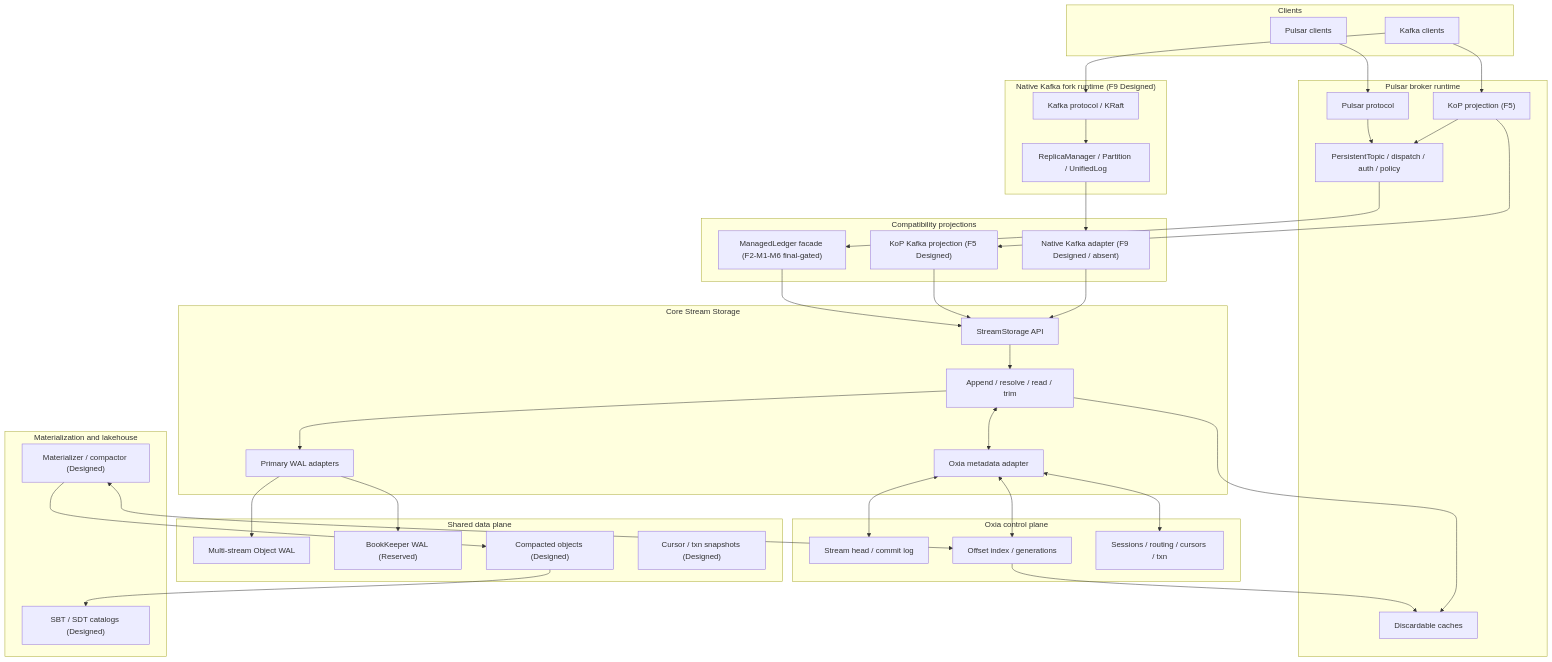
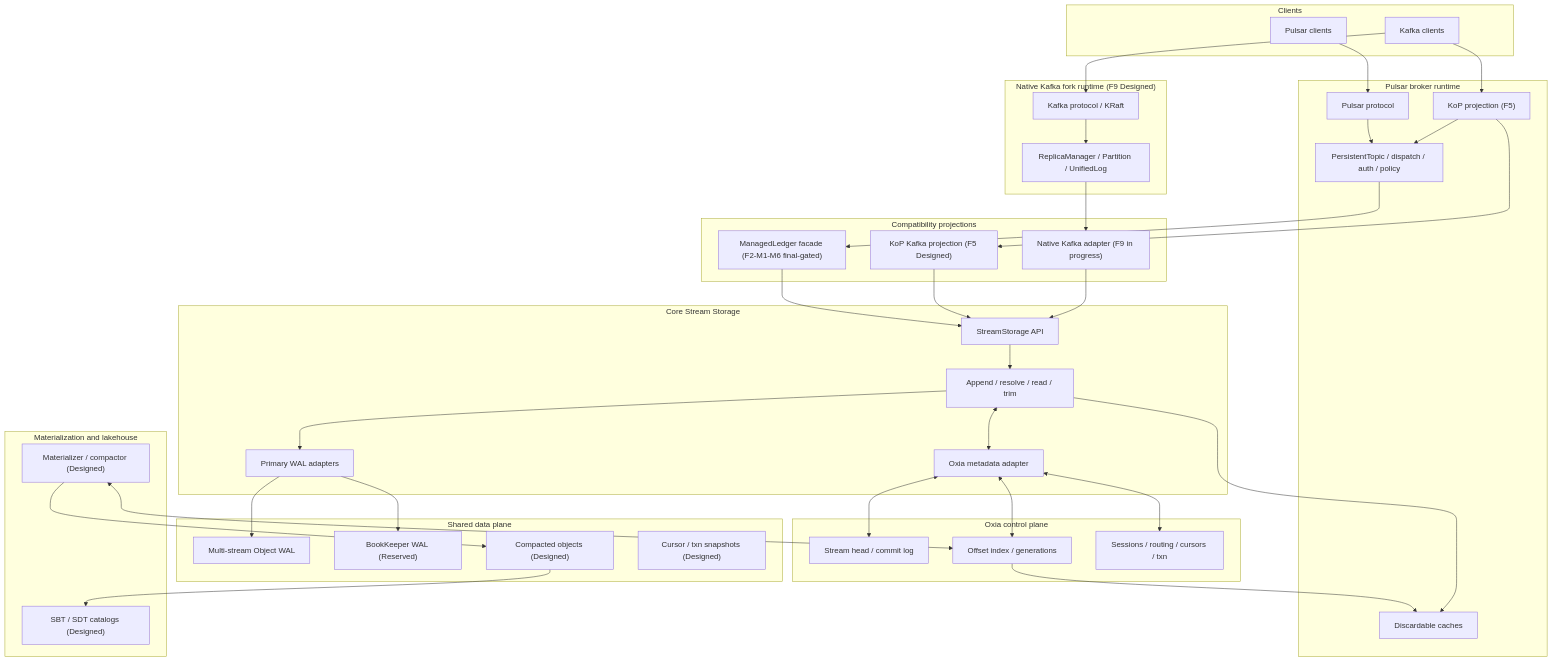
One commit to nereusstream/nereus changed the first of 2 diagrams in docs/design/nereus-overall-architecture.md. Above: the diagram before and after it, drawn with Mermaid. The commit also changed other lines of this file and 17 other files, not shown here.

````diff
--- a/docs/design/nereus-overall-architecture.md
+++ b/docs/design/nereus-overall-architecture.md
@@ -334,63 +334,63 @@
 ```mermaid
 flowchart TB
     subgraph Clients["Clients"]
         PC["Pulsar clients"]
         KC["Kafka clients"]
     end
     subgraph Broker["Pulsar broker runtime"]
         PP["Pulsar protocol"]
         KoP["KoP projection (F5)"]
         Runtime["PersistentTopic / dispatch / auth / policy"]
         Cache["Discardable caches"]
     end
     subgraph KafkaBroker["Native Kafka fork runtime (F9 Designed)"]
         KP["Kafka protocol / KRaft"]
         KRuntime["ReplicaManager / Partition / UnifiedLog"]
     end
     subgraph Adapters["Compatibility projections"]
         MLF["ManagedLedger facade (F2-M1-M6 final-gated)"]
         KAF5["KoP Kafka projection (F5 Designed)"]
-        KAF9["Native Kafka adapter (F9 Designed / absent)"]
+        KAF9["Native Kafka adapter (F9 in progress)"]
     end
     subgraph L0["Core Stream Storage"]
         API["StreamStorage API"]
         Core["Append / resolve / read / trim"]
         Meta["Oxia metadata adapter"]
         Wal["Primary WAL adapters"]
     end
     subgraph Data["Shared data plane"]
         OW["Multi-stream Object WAL"]
         BK["BookKeeper WAL (Reserved)"]
         CO["Compacted objects (Designed)"]
         Snap["Cursor / txn snapshots (Designed)"]
     end
     subgraph Control["Oxia control plane"]
         Head["Stream head / commit log"]
         Index["Offset index / generations"]
         Coord["Sessions / routing / cursors / txn"]
     end
     subgraph L3["Materialization and lakehouse"]
         Mat["Materializer / compactor (Designed)"]
         Cat["SBT / SDT catalogs (Designed)"]
     end
 
     PC --> PP --> Runtime
     KC --> KoP --> Runtime
     KC --> KP --> KRuntime
     Runtime --> MLF --> API
     KoP --> KAF5 --> API
     KRuntime --> KAF9 --> API
     API --> Core
     Core <--> Meta
     Core --> Wal
     Meta <--> Head
     Meta <--> Index
     Meta <--> Coord
     Wal --> OW
     Wal --> BK
     Index --> Cache
     Mat --> CO
     Mat <--> Index
     CO --> Cat
     Core --> Cache
 ```
````
